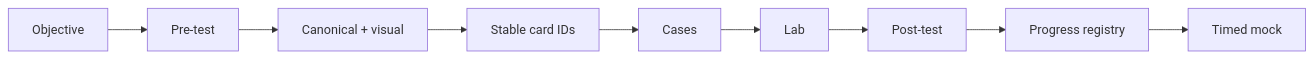
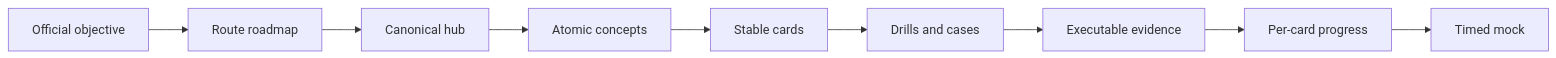
Before and after one commit to alimbetov/obsidian: the diagram in 30_CERTIFICATIONS/Certification MOC.md, drawn with Mermaid. The commit also changed other lines of this file, not shown here.

````diff
--- a/30_CERTIFICATIONS/Certification MOC.md
+++ b/30_CERTIFICATIONS/Certification MOC.md
@@ -25,11 +27,11 @@
 ```mermaid
 flowchart LR
-    OBJ["Objective"] --> PRE["Pre-test"]
-    PRE --> CONCEPT["Canonical + visual"]
-    CONCEPT --> CARD["Stable card IDs"]
-    CARD --> CASE["Cases"]
-    CASE --> LAB["Lab"]
-    LAB --> POST["Post-test"]
-    POST --> PROGRESS["Progress registry"]
-    PROGRESS --> MOCK["Timed mock"]
+    OBJ[Official objective] --> ROAD[Route roadmap]
+    ROAD --> HUB[Canonical hub]
+    HUB --> NOTE[Atomic concepts]
+    NOTE --> CARD[Stable cards]
+    CARD --> DRILL[Drills and cases]
+    DRILL --> LAB[Executable evidence]
+    LAB --> REVIEW[Per-card progress]
+    REVIEW --> MOCK[Timed mock]
 ```
````
